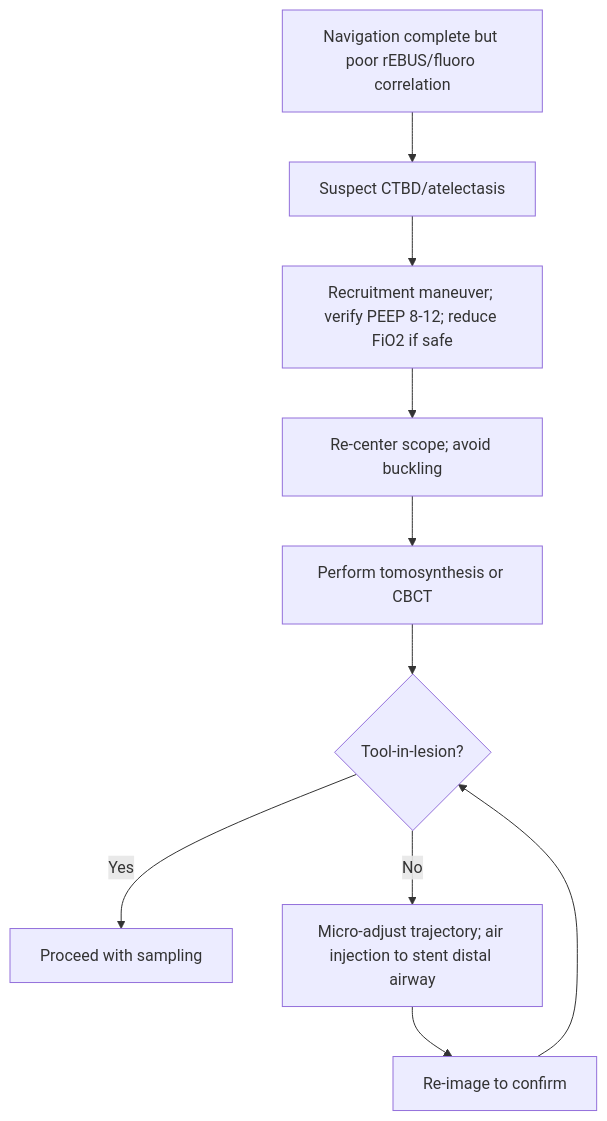
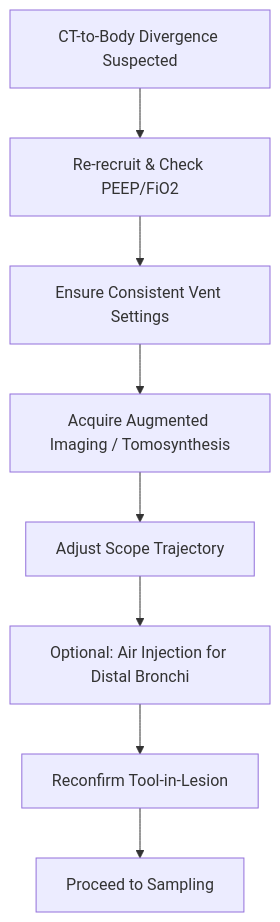
The second of 2 diagrams in content/modules/board/advanced-peripheral-bronchoscopy-radial-probe-electromagnetic-navigation-and-robotic-bronchoscopy.mdx (russellmiller49/Interventional-Pulm-Education-Project), drawn with Mermaid before and after one commit. The commit also changed other lines of this file and 45 other files, not shown here.

````diff
--- a/content/modules/board/advanced-peripheral-bronchoscopy-radial-probe-electromagnetic-navigation-and-robotic-bronchoscopy.mdx
+++ b/content/modules/board/advanced-peripheral-bronchoscopy-radial-probe-electromagnetic-navigation-and-robotic-bronchoscopy.mdx
@@ -200,12 +136,10 @@
 ```mermaid
-flowchart TD
-A[Navigation complete but poor rEBUS/fluoro correlation] --> B[Suspect CTBD/atelectasis]
-B --> C[Recruitment maneuver; verify PEEP 8-12; reduce FiO2 if safe]
-C --> D[Re-center scope; avoid buckling]
-D --> E[Perform tomosynthesis or CBCT]
-E --> F{Tool-in-lesion?}
-F -->|Yes| G[Proceed with sampling]
-F -->|No| H[Micro-adjust trajectory; air injection to stent distal airway]
-H --> I[Re-image to confirm]
-I --> F
+graph TD
+    A["CT-to-Body Divergence Suspected"] --> B["Re-recruit & Check PEEP/FiO2"]
+    B --> C["Ensure Consistent Vent Settings"]
+    C --> D["Acquire Augmented Imaging / Tomosynthesis"]
+    D --> E["Adjust Scope Trajectory"]
+    E --> F["Optional: Air Injection for Distal Bronchi"]
+    F --> G["Reconfirm Tool-in-Lesion"]
+    G --> H["Proceed to Sampling"]
 ```
````
